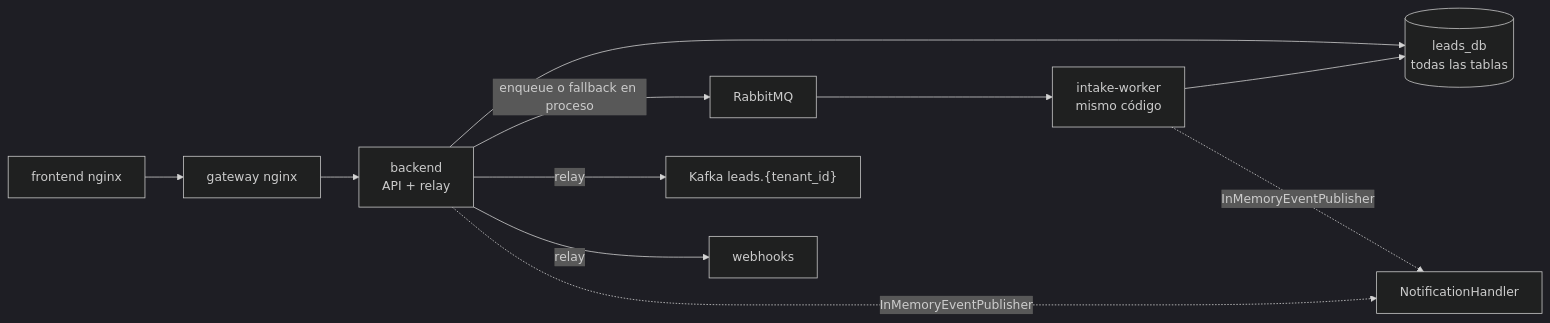
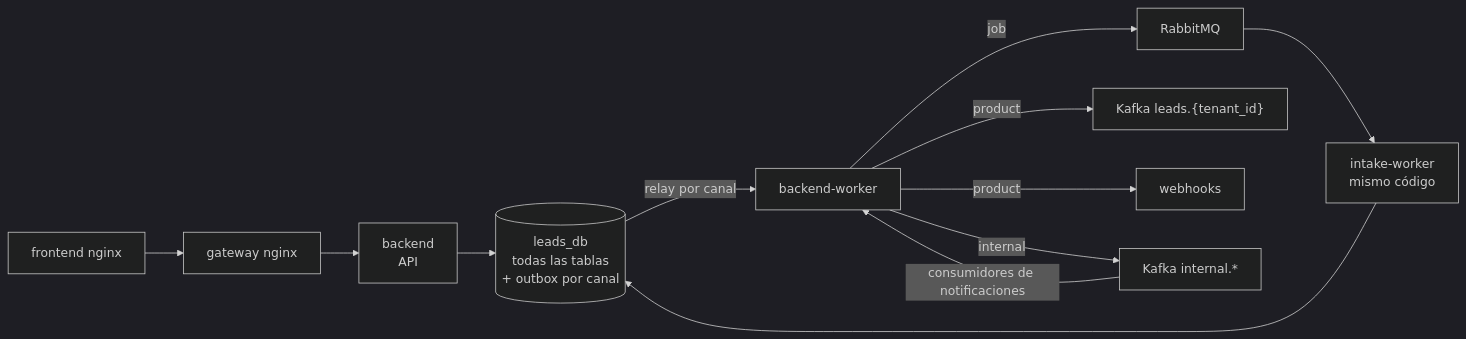
Before and after one commit to MDCIrony/leads-hexa: the diagram in docs/content/microservices/01-punto-de-partida.md, drawn with Mermaid (dark theme). The commit also changed other lines of this file and 18 other files, not shown here.

Commit message:
docs(events): document per-channel outbox, internal topics and backend-worker

````diff
--- a/docs/content/microservices/01-punto-de-partida.md
+++ b/docs/content/microservices/01-punto-de-partida.md
@@ -22,13 +24,14 @@
 ```mermaid
 flowchart LR
     FE["frontend nginx"] --> GW["gateway nginx"]
-    GW --> API["backend<br/>API + relay"]
-    API --> DB[("leads_db<br/>todas las tablas")]
-    API -->|"enqueue o fallback en proceso"| R["RabbitMQ"]
+    GW --> API["backend<br/>API"]
+    API --> DB[("leads_db<br/>todas las tablas<br/>+ outbox por canal")]
+    DB -->|"relay por canal"| BW["backend-worker"]
+    BW -->|"job"| R["RabbitMQ"]
     R --> W["intake-worker<br/>mismo código"]
     W --> DB
-    API -->|"relay"| K["Kafka leads.{tenant_id}"]
-    API -->|"relay"| WH["webhooks"]
-    API -. "InMemoryEventPublisher" .-> N["NotificationHandler"]
-    W -. "InMemoryEventPublisher" .-> N
+    BW -->|"product"| K["Kafka leads.{tenant_id}"]
+    BW -->|"product"| WH["webhooks"]
+    BW -->|"internal"| KI["Kafka internal.*"]
+    KI -->|"consumidores de notificaciones"| BW
 ```
````
